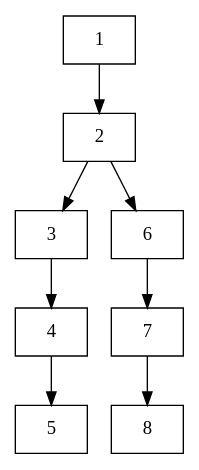
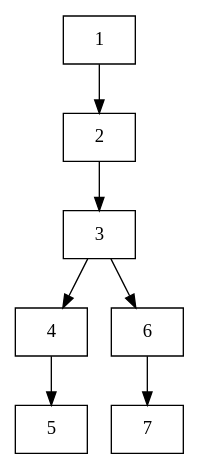
The diagram in project/maximal_clique_v2/base.dot (rbookr/Data-Structure-Animation), drawn with Graphviz before and after one commit. The commit also changed other lines of this file and 3 other files, not shown here.

Commit message:
[修复] 图的显示

```diff
--- a/project/maximal_clique_v2/base.dot
+++ b/project/maximal_clique_v2/base.dot
@@ -1,18 +1,16 @@
 digraph G {
-  node[shape=record]
+  node[shape=record];
   "1";
   "2";
   "3";
   "4";
   "5";
   "6";
   "7";
-  "8";
   "1" -> "2";
   "2" -> "3";
   "3" -> "4";
   "4" -> "5";
-  "2" -> "6";
+  "3" -> "6";
   "6" -> "7";
-  "7" -> "8";
 }
```
